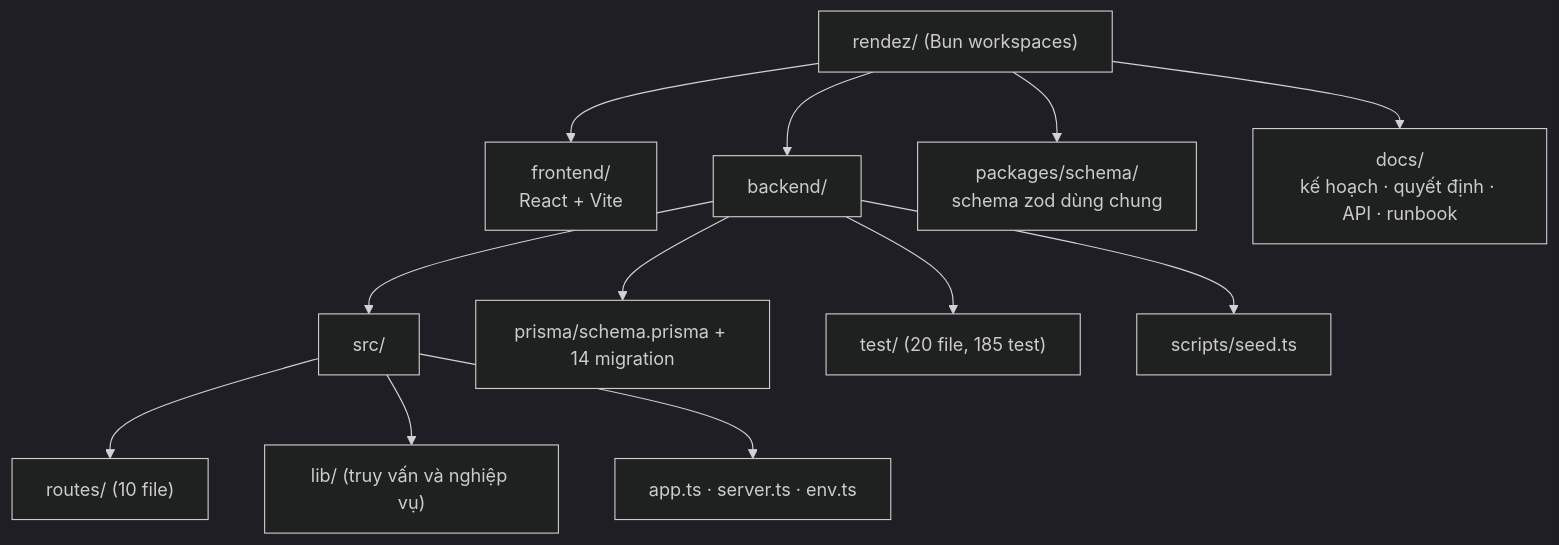
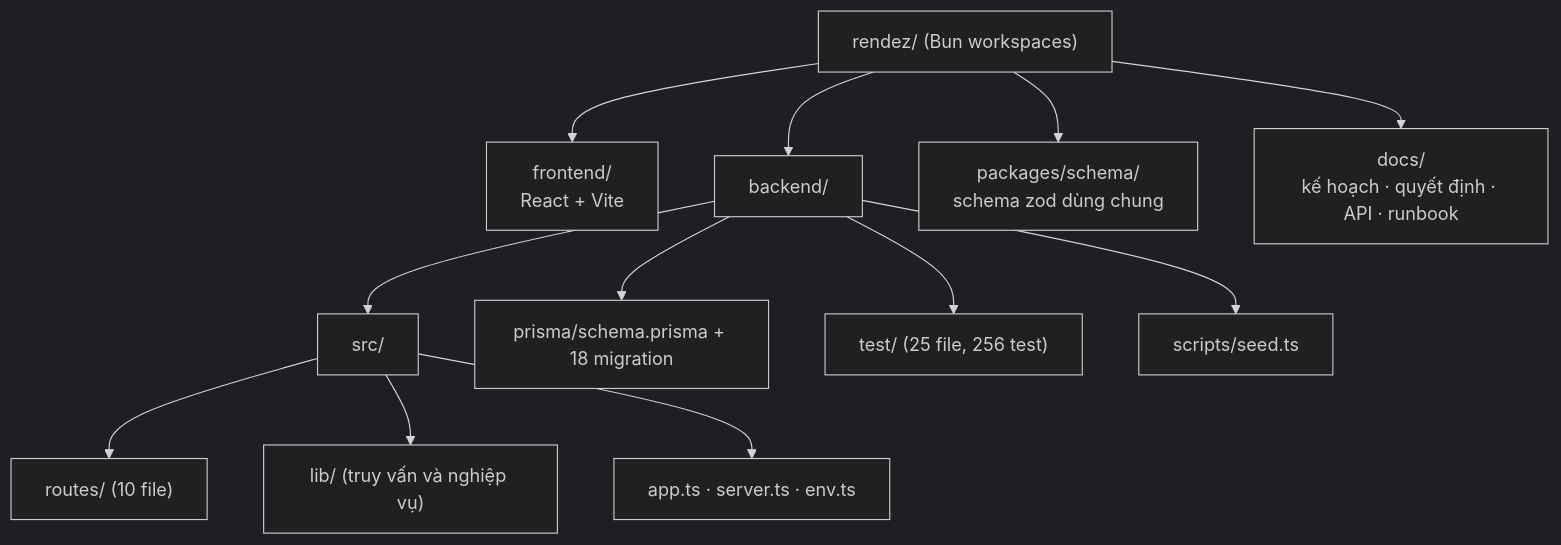
Before and after one commit to longqt321/Rendez-PBL6: the sixth of 14 diagrams in docs/bao-cao/BAO-CAO-DO-AN.md, drawn with Mermaid (dark theme). The commit also changed other lines of this file and 8 other files, not shown here.

````diff
--- a/docs/bao-cao/BAO-CAO-DO-AN.md
+++ b/docs/bao-cao/BAO-CAO-DO-AN.md
@@ -495,15 +507,15 @@
 ```mermaid
 flowchart TB
   Root["rendez/ (Bun workspaces)"]
   Root --> FE["frontend/<br/>React + Vite"]
   Root --> BE["backend/"]
   Root --> PKG["packages/schema/<br/>schema zod dùng chung"]
   Root --> DOC["docs/<br/>kế hoạch · quyết định · API · runbook"]
   BE --> SRC["src/"]
   SRC --> R["routes/ (10 file)"]
   SRC --> L["lib/ (truy vấn và nghiệp vụ)"]
   SRC --> I["app.ts · server.ts · env.ts"]
-  BE --> PR["prisma/schema.prisma + 14 migration"]
-  BE --> T["test/ (20 file, 185 test)"]
+  BE --> PR["prisma/schema.prisma + 18 migration"]
+  BE --> T["test/ (25 file, 256 test)"]
   BE --> SC["scripts/seed.ts"]
 ```
````
